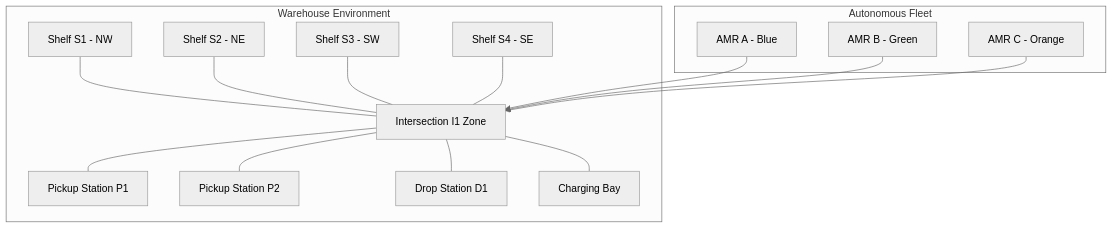
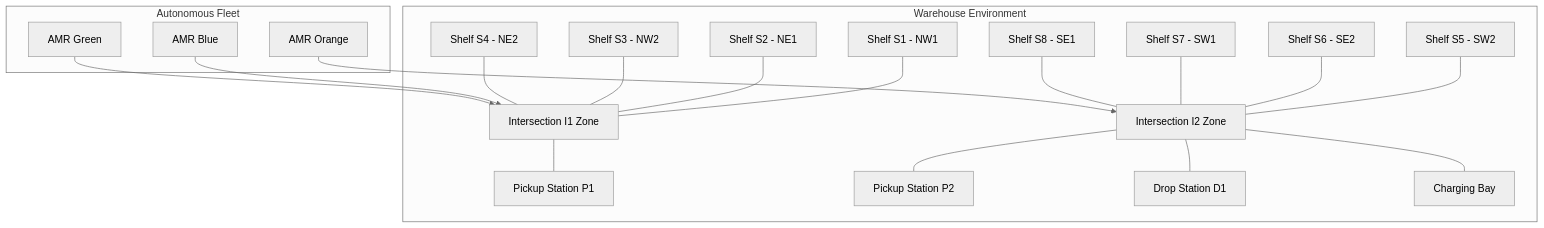
Before and after one commit to The-JimJams/synergy-prototype: the diagram in gazebo/README.md, drawn with Mermaid (neutral theme). The commit also changed other lines of this file and 4 other files, not shown here.

````diff
--- a/gazebo/README.md
+++ b/gazebo/README.md
@@ -32,18 +32,22 @@
 ```mermaid
 graph TD
     subgraph Warehouse Environment
-        NW[Shelf S1 - NW] --- I1[Intersection I1 Zone]
-        NE[Shelf S2 - NE] --- I1
-        SW[Shelf S3 - SW] --- I1
-        SE[Shelf S4 - SE] --- I1
+        NW1[Shelf S1 - NW1] --- I1[Intersection I1 Zone]
+        NE1[Shelf S2 - NE1] --- I1
+        NW2[Shelf S3 - NW2] --- I1
+        NE2[Shelf S4 - NE2] --- I1
+        SW2[Shelf S5 - SW2] --- I2[Intersection I2 Zone]
+        SE2[Shelf S6 - SE2] --- I2
+        SW1[Shelf S7 - SW1] --- I2
+        SE1[Shelf S8 - SE1] --- I2
         I1 --- P1[Pickup Station P1]
-        I1 --- P2[Pickup Station P2]
-        I1 --- D1[Drop Station D1]
-        I1 --- CH[Charging Bay]
+        I2 --- P2[Pickup Station P2]
+        I2 --- D1[Drop Station D1]
+        I2 --- CH[Charging Bay]
     end
     subgraph Autonomous Fleet
-        AMR_A[AMR A - Blue] --> I1
-        AMR_B[AMR B - Green] --> I1
-        AMR_C[AMR C - Orange] --> I1
+        AMR_Blue[AMR Blue] --> I1
+        AMR_Green[AMR Green] --> I1
+        AMR_Orange[AMR Orange] --> I2
     end
 ```
````
